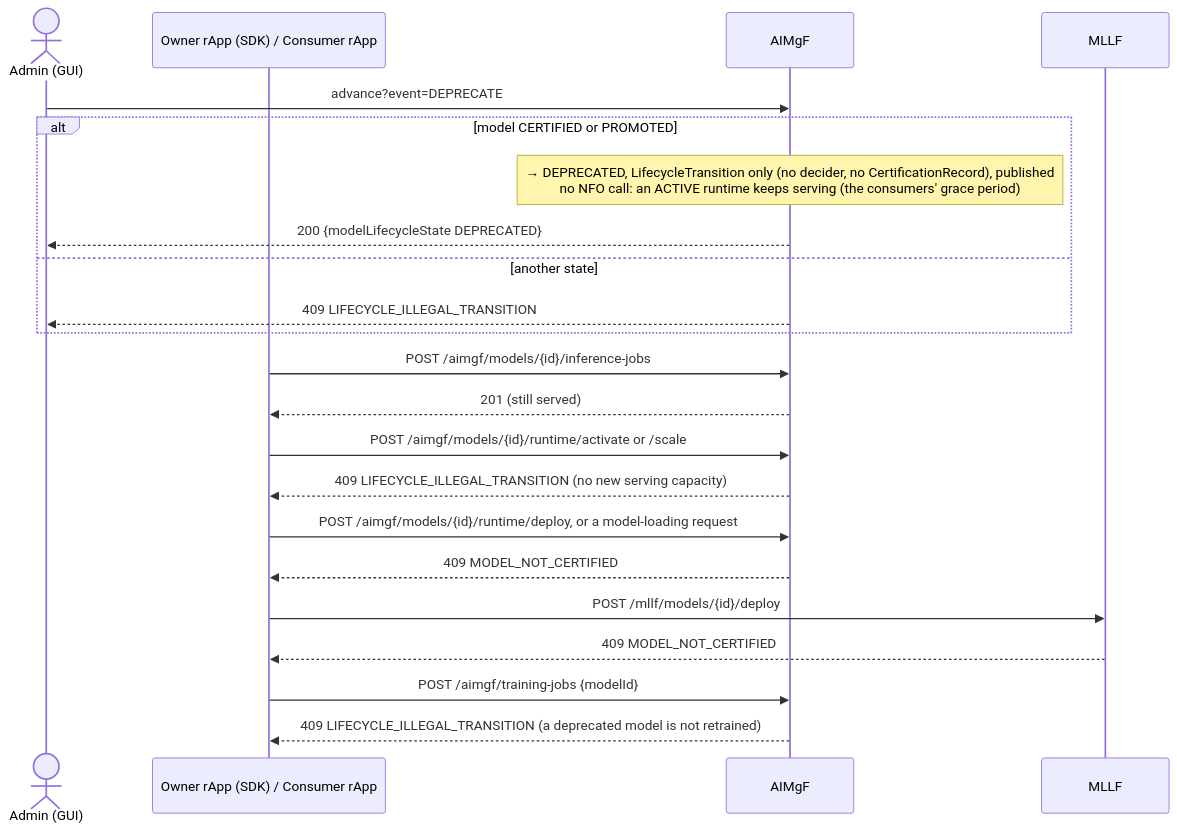
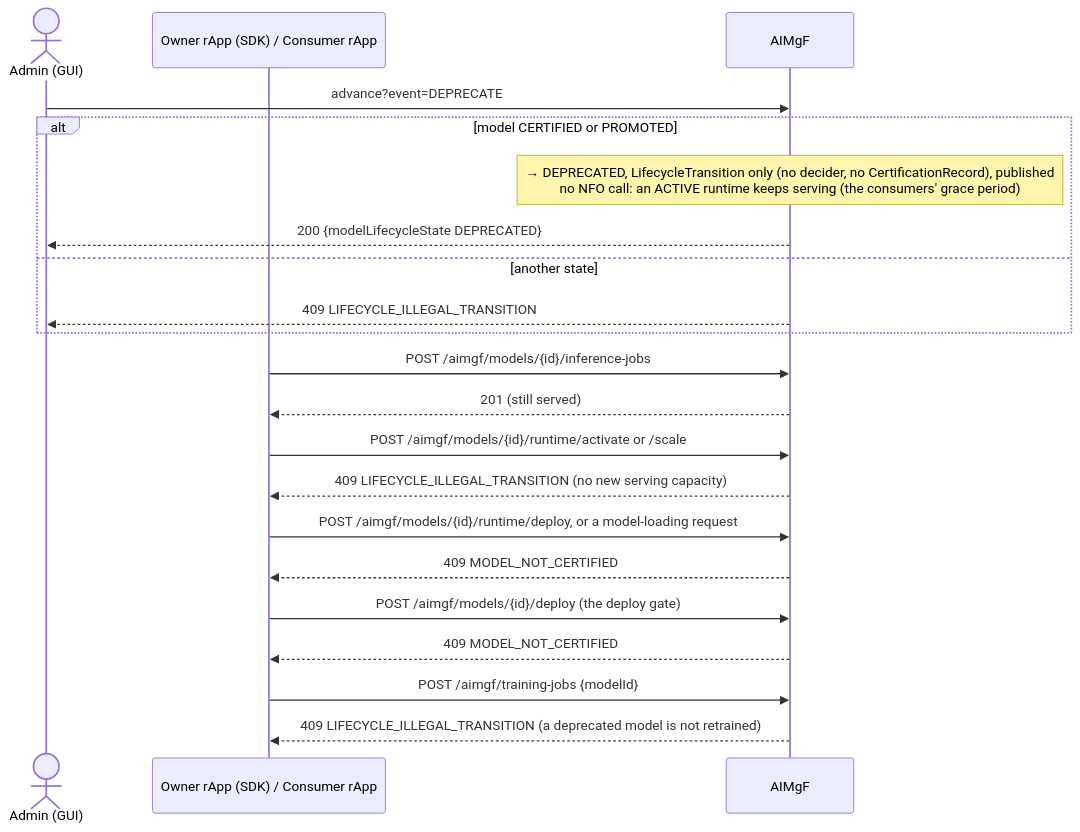
Before and after one commit to rsys-bshankar/ai-ran-smo: the fourth of 5 diagrams in smo/docs/call-flows/26-model-governance-and-end-of-life.md, drawn with Mermaid. The commit also changed other lines of this file and 265 other files, not shown here.

First line of the commit message:
Every caller on /aimgf; MLMR and MLLF removed (S2.4, S2.8, S2.9) (#569)

````diff
--- a/smo/docs/call-flows/26-model-governance-and-end-of-life.md
+++ b/smo/docs/call-flows/26-model-governance-and-end-of-life.md
@@ -158,26 +158,25 @@
 ```mermaid
 sequenceDiagram
     actor Ad as Admin (GUI)
     participant R as Owner rApp (SDK) / Consumer rApp
     participant AIM as AIMgF
-    participant MLLF as MLLF
 
     Ad->>AIM: advance?event=DEPRECATE
     alt model CERTIFIED or PROMOTED
         Note over AIM: → DEPRECATED, LifecycleTransition only (no decider, no CertificationRecord), published<br/>no NFO call: an ACTIVE runtime keeps serving (the consumers' grace period)
         AIM-->>Ad: 200 {modelLifecycleState DEPRECATED}
     else another state
         AIM-->>Ad: 409 LIFECYCLE_ILLEGAL_TRANSITION
     end
 
     R->>AIM: POST /aimgf/models/{id}/inference-jobs
     AIM-->>R: 201 (still served)
     R->>AIM: POST /aimgf/models/{id}/runtime/activate or /scale
     AIM-->>R: 409 LIFECYCLE_ILLEGAL_TRANSITION (no new serving capacity)
     R->>AIM: POST /aimgf/models/{id}/runtime/deploy, or a model-loading request
     AIM-->>R: 409 MODEL_NOT_CERTIFIED
-    R->>MLLF: POST /mllf/models/{id}/deploy
-    MLLF-->>R: 409 MODEL_NOT_CERTIFIED
+    R->>AIM: POST /aimgf/models/{id}/deploy (the deploy gate)
+    AIM-->>R: 409 MODEL_NOT_CERTIFIED
     R->>AIM: POST /aimgf/training-jobs {modelId}
     AIM-->>R: 409 LIFECYCLE_ILLEGAL_TRANSITION (a deprecated model is not retrained)
 ```
````
